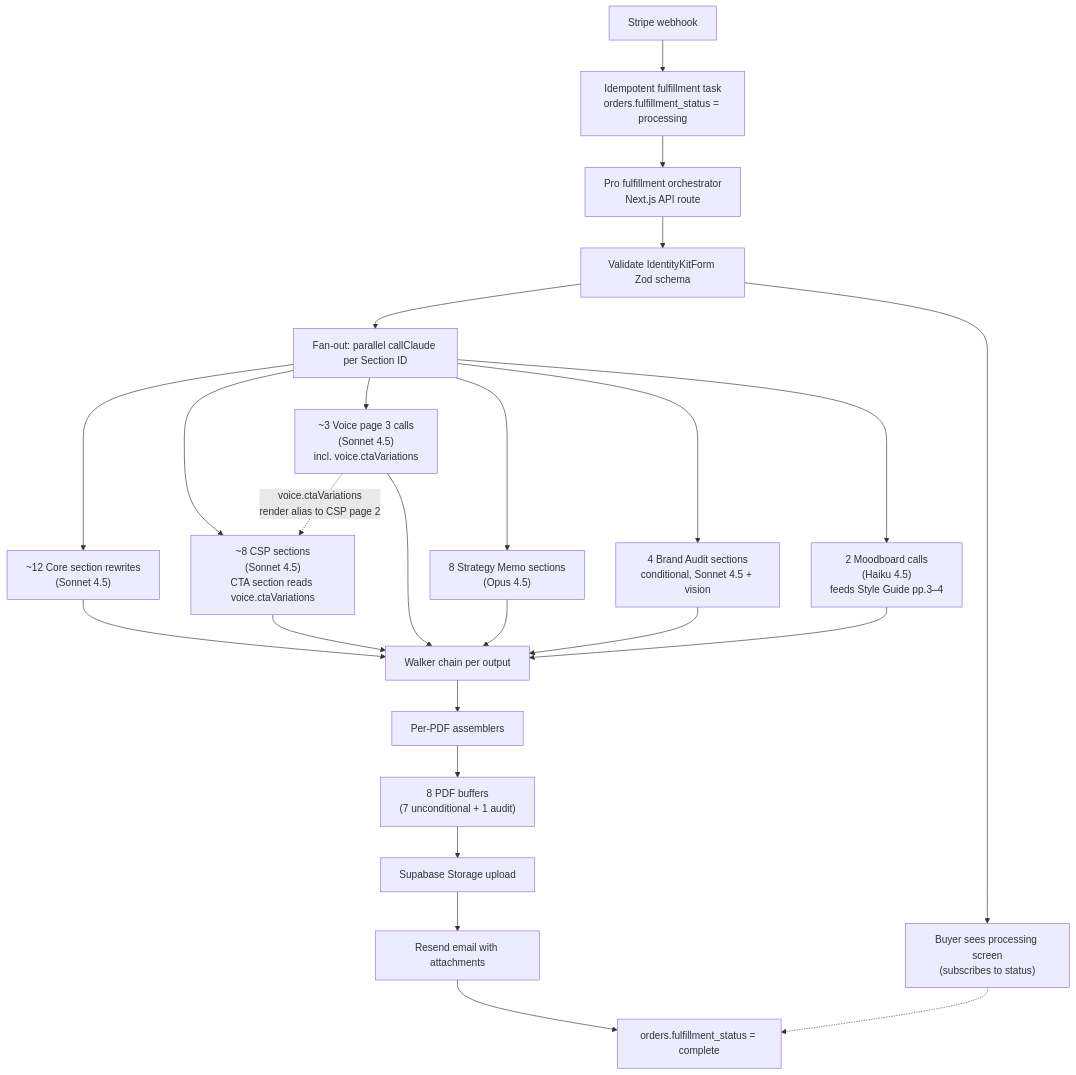
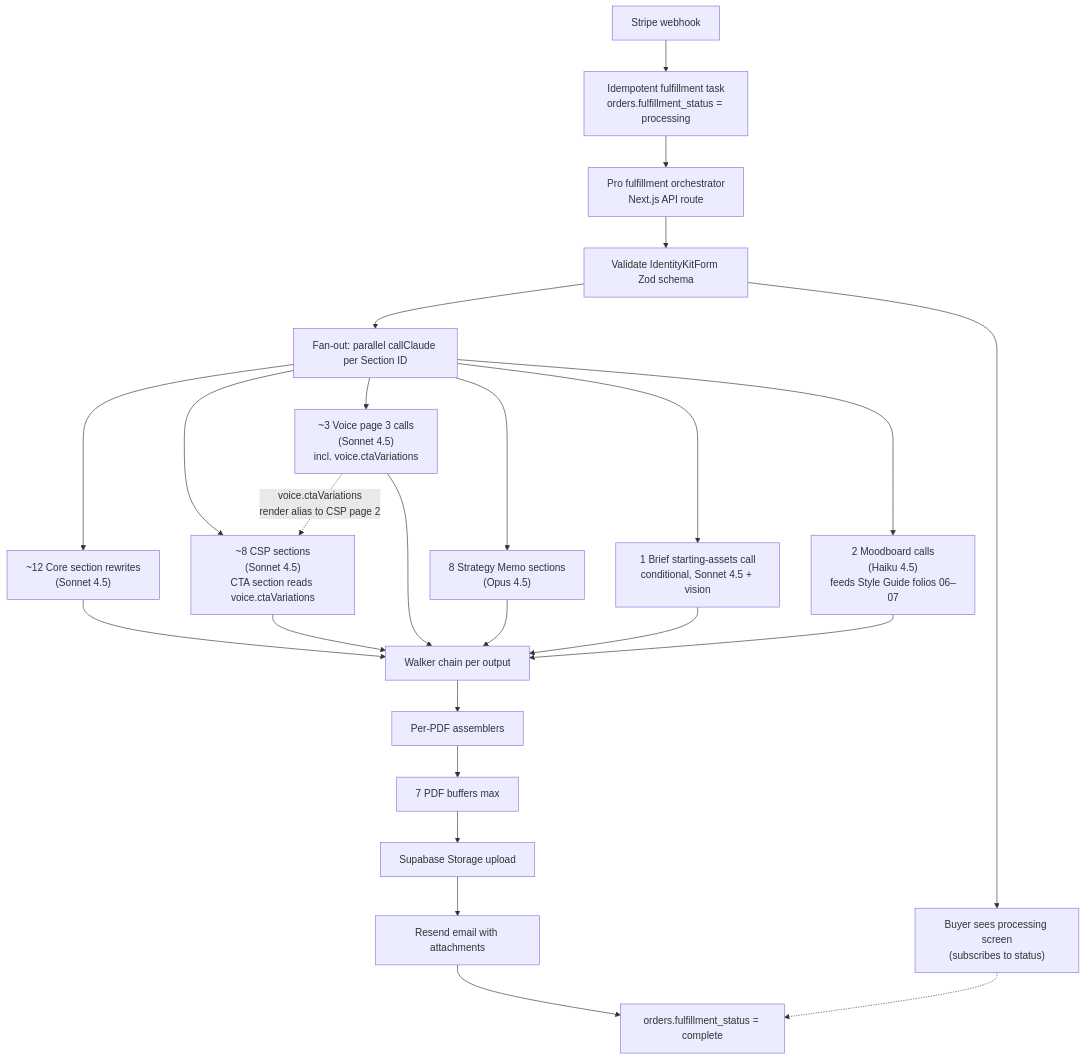
Before and after one commit to harleyfan91/brand-alchemy-identity-kit: the diagram in docs/research/PRO_FULFILLMENT_ORCHESTRATION.md, drawn with Mermaid. The commit also changed other lines of this file and 38 other files, not shown here.

First line of the commit message:
Fold existing-brand audit into Brand Brief and polish Style Guide imagery spread.

````diff
--- a/docs/research/PRO_FULFILLMENT_ORCHESTRATION.md
+++ b/docs/research/PRO_FULFILLMENT_ORCHESTRATION.md
@@ -28,32 +28,32 @@
 ```mermaid
 flowchart TD
   Webhook[Stripe webhook] --> Idempotent[Idempotent fulfillment task<br/>orders.fulfillment_status = processing]
   Idempotent --> Orchestrator[Pro fulfillment orchestrator<br/>Next.js API route]
   Orchestrator --> Schema[Validate IdentityKitForm Zod schema]
   Schema --> ProcessingScreen["Buyer sees processing screen<br/>(subscribes to status)"]
   Schema --> FanOut[Fan-out: parallel callClaude per Section ID]
 
   FanOut --> CoreRewrites["~12 Core section rewrites<br/>(Sonnet 4.5)"]
   FanOut --> CSP["~8 CSP sections<br/>(Sonnet 4.5)<br/>CTA section reads voice.ctaVariations"]
   FanOut --> Voice3["~3 Voice page 3 calls<br/>(Sonnet 4.5)<br/>incl. voice.ctaVariations"]
   FanOut --> Memo["8 Strategy Memo sections<br/>(Opus 4.5)"]
-  FanOut --> Audit["4 Brand Audit sections<br/>conditional, Sonnet 4.5 + vision"]
-  FanOut --> Moodboard["2 Moodboard calls<br/>(Haiku 4.5)<br/>feeds Style Guide pp.3–4"]
+  FanOut --> BriefEntry["1 Brief starting-assets call<br/>conditional, Sonnet 4.5 + vision"]
+  FanOut --> Moodboard["2 Moodboard calls<br/>(Haiku 4.5)<br/>feeds Style Guide folios 06–07"]
 
   CoreRewrites --> Walkers[Walker chain per output]
   CSP --> Walkers
   Voice3 --> Walkers
   Memo --> Walkers
-  Audit --> Walkers
+  BriefEntry --> Walkers
   Moodboard --> Walkers
 
   Voice3 -.->|"voice.ctaVariations<br/>render alias to CSP page 2"| CSP
 
   Walkers --> Assemblers[Per-PDF assemblers]
-  Assemblers --> PDFs["8 PDF buffers<br/>(7 unconditional + 1 audit)"]
+  Assemblers --> PDFs["7 PDF buffers max"]
   PDFs --> Storage[Supabase Storage upload]
   Storage --> Email[Resend email with attachments]
   Email --> Complete[orders.fulfillment_status = complete]
 
   ProcessingScreen -.-> Complete
 ```
````
